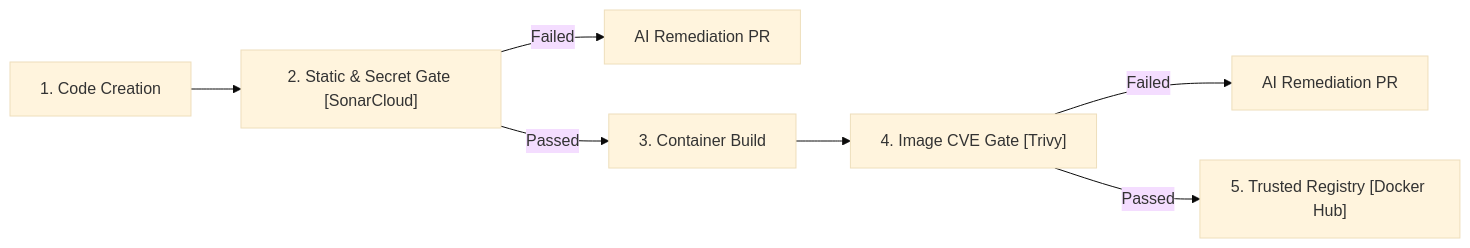
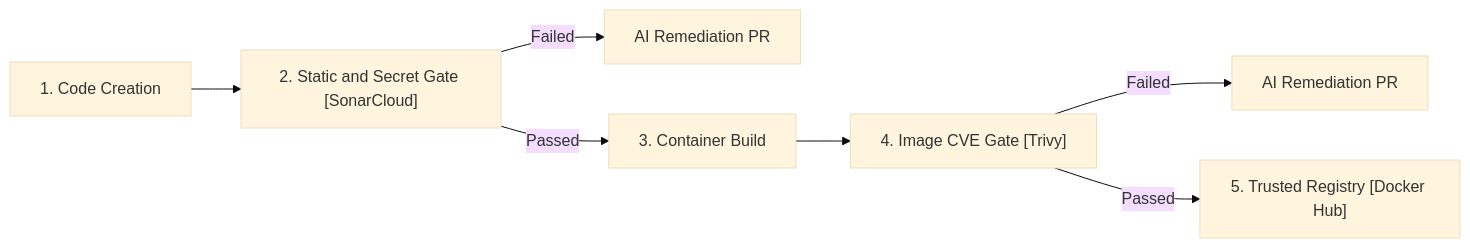
One commit to Siddhantshukla1657/SecureNotes_Devops_Miniproject changed the second of 7 diagrams in README.md. Above: the diagram before and after it, drawn with Mermaid (base theme). The commit also changed other lines of this file, not shown here.

````diff
--- a/README.md
+++ b/README.md
@@ -71,9 +86,9 @@
 ```mermaid
 flowchart LR
-    A["1. Code Creation"] --> B["2. Static & Secret Gate [SonarCloud]"]
+    A["1. Code Creation"] --> B["2. Static and Secret Gate [SonarCloud]"]
     B -->|Failed| Rem1["AI Remediation PR"]
     B -->|Passed| C["3. Container Build"]
     C --> D["4. Image CVE Gate [Trivy]"]
     D -->|Failed| Rem2["AI Remediation PR"]
     D -->|Passed| E["5. Trusted Registry [Docker Hub]"]
 ```
````
